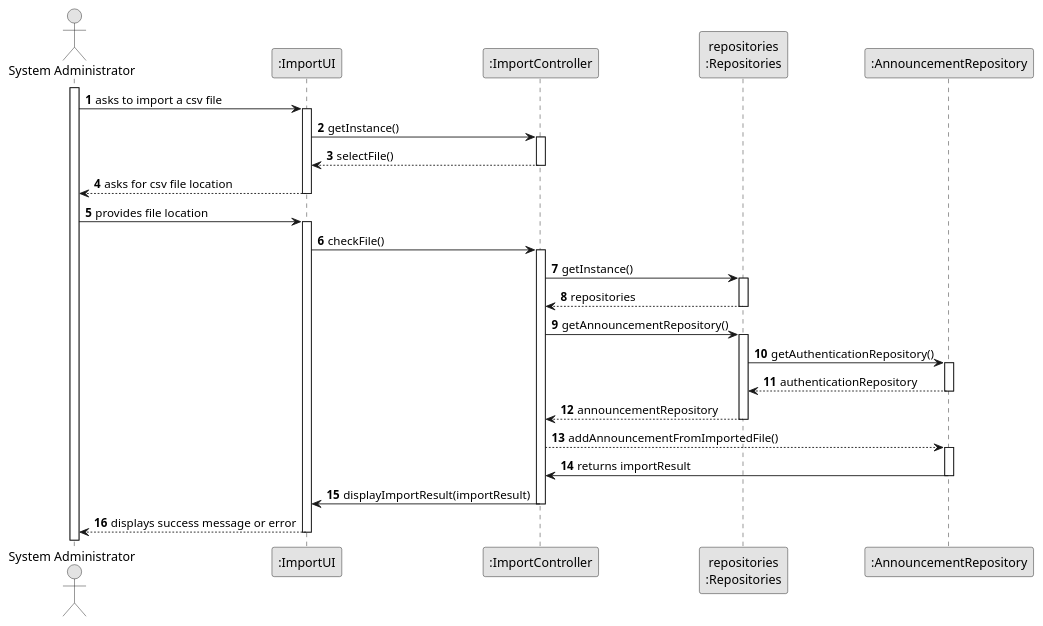
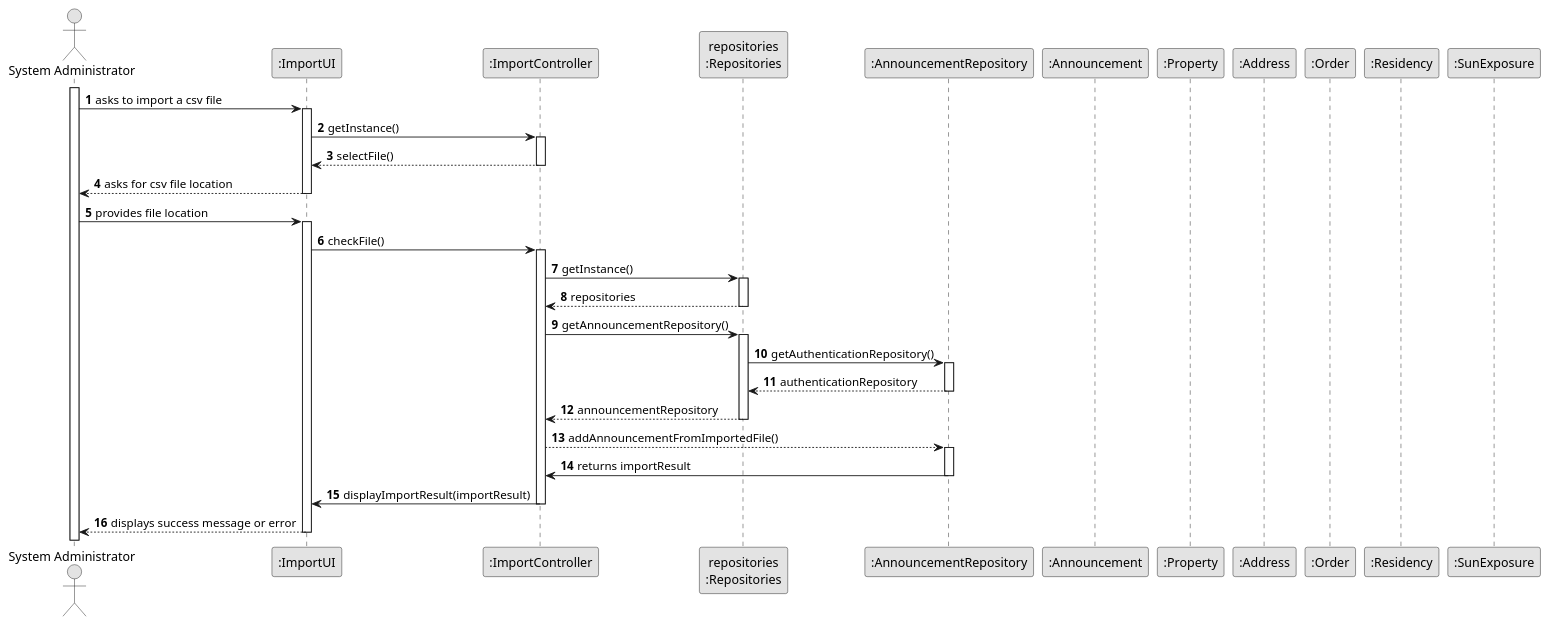
The diagram in docs/sprintD/us012/03.design/puml/us012-sequence-diagram-full.puml (Goncalves2525/real-estate-management-system), drawn with PlantUML before and after one commit. The commit also changed 12 other files, not shown here.

```diff
--- a/docs/sprintD/us012/03.design/puml/us012-sequence-diagram-full.puml
+++ b/docs/sprintD/us012/03.design/puml/us012-sequence-diagram-full.puml
@@ -1,71 +1,77 @@
 @startuml
 skinparam monochrome true
 skinparam packageStyle rectangle
 skinparam shadowing false
 
 autonumber
 
 actor "System Administrator" as Admin
 participant ":ImportUI" as UI
 participant ":ImportController" as CTRL
 participant "repositories\n:Repositories" as REPO
 participant ":AnnouncementRepository" as ANNREPO
+participant ":Announcement" as ANN
+participant ":Property" as PROP
+participant ":Address" as ADDR
+participant ":Order" as ORD
+participant ":Residency" as RES
+participant ":SunExposure" as SUN
 
 
     activate Admin
 
     Admin -> UI : asks to import a csv file
     activate UI
 
     UI -> CTRL: getInstance()
     activate CTRL
 
 '    CTRL -> UI : importController
 '    activate REPO
 
 '    UI -> CTRL : selectFile()
 '    activate CTRL
 
     CTRL --> UI : selectFile()
     deactivate CTRL
 
     UI --> Admin : asks for csv file location
     deactivate UI
 
     Admin -> UI : provides file location
     activate UI
 
     UI -> CTRL : checkFile()
     activate CTRL
 
     CTRL -> REPO : getInstance()
     activate REPO
 
     REPO --> CTRL: repositories
     deactivate REPO
 
     CTRL -> REPO : getAnnouncementRepository()
     activate REPO
 
     REPO -> ANNREPO : getAuthenticationRepository()
     activate ANNREPO
 
     ANNREPO --> REPO: authenticationRepository
     deactivate ANNREPO
 
     REPO --> CTRL: announcementRepository
     deactivate REPO
 
     CTRL --> ANNREPO: addAnnouncementFromImportedFile()
     activate ANNREPO
 
     ANNREPO -> CTRL : returns importResult
     deactivate ANNREPO
 
     CTRL -> UI : displayImportResult(importResult)
     deactivate CTRL
 
     UI --> Admin : displays success message or error
     deactivate UI
 
 @enduml
```
